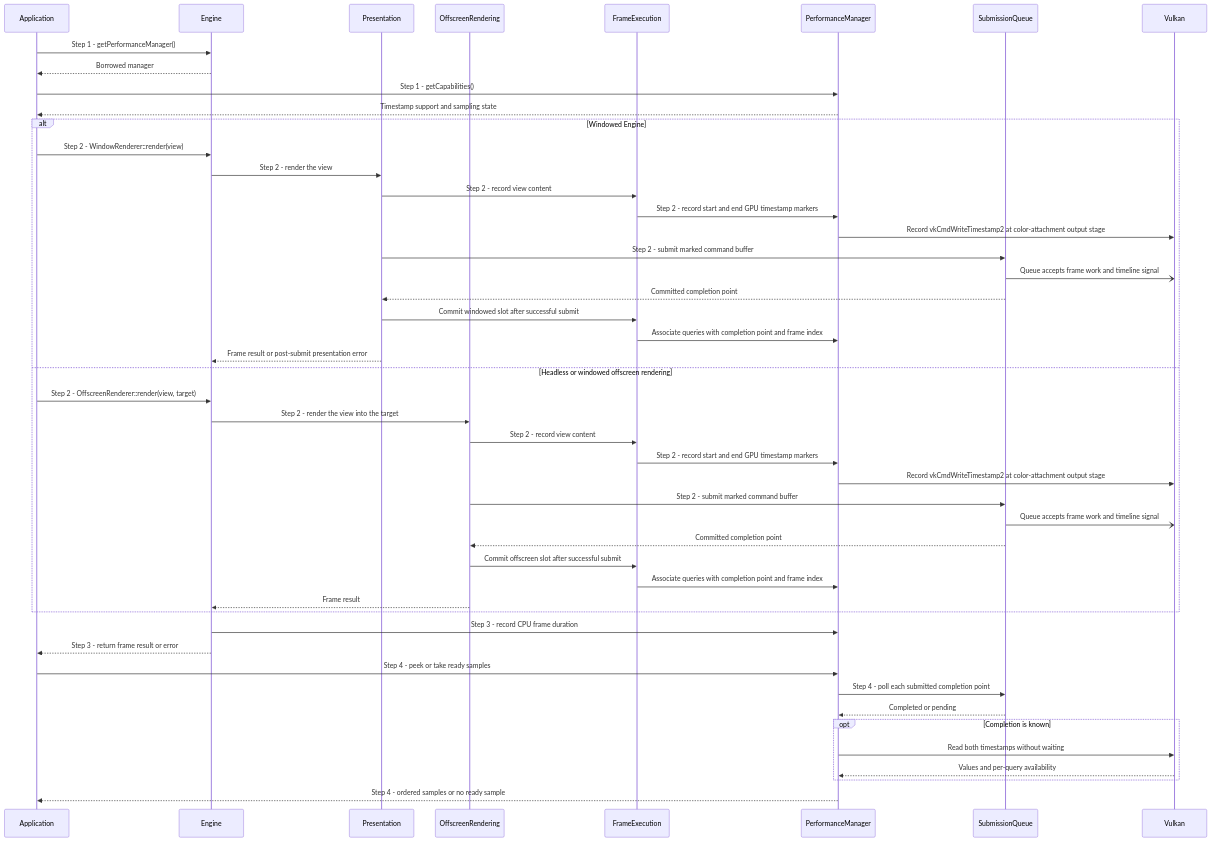
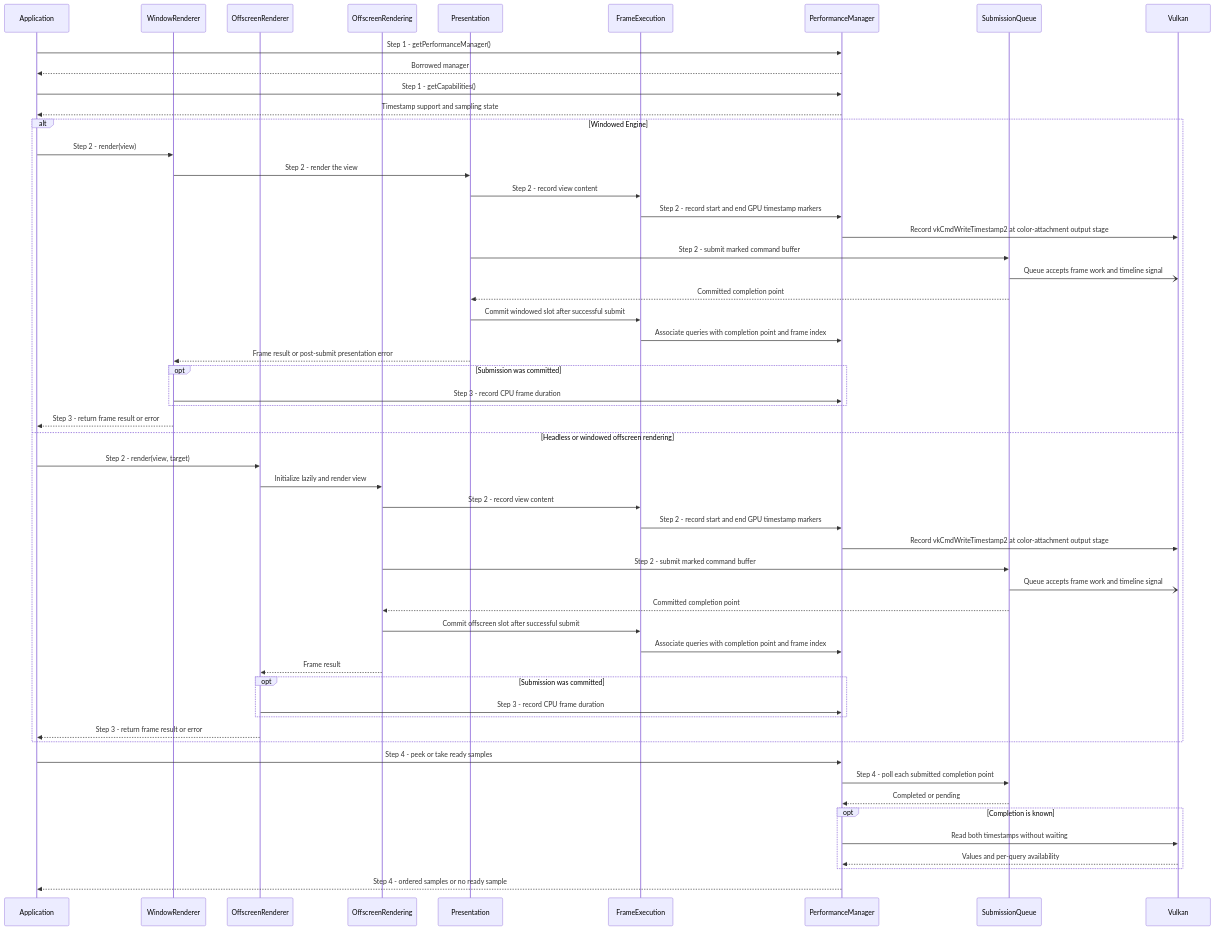
Before and after one commit to a-soltysik/Panda: the diagram in docs/use-cases/collect-frame-timings.md, drawn with Mermaid. The commit also changed other lines of this file and 17 other files, not shown here.

First line of the commit message:
Move rendering and readback into renderer facades (#124)

````diff
--- a/docs/use-cases/collect-frame-timings.md
+++ b/docs/use-cases/collect-frame-timings.md
@@ -61,50 +62,57 @@
 ```mermaid
 sequenceDiagram
     participant A as Application
-    participant C as Engine
+    participant W as WindowRenderer
+    participant R as OffscreenRenderer
+    participant F as OffscreenRendering
     participant P as Presentation
-    participant O as OffscreenRendering
     participant E as FrameExecution
     participant M as PerformanceManager
     participant Q as SubmissionQueue
     participant V as Vulkan
-    A ->> C: Step 1 - getPerformanceManager()
-    C -->> A: Borrowed manager
+    A ->> M: Step 1 - getPerformanceManager()
+    M -->> A: Borrowed manager
     A ->> M: Step 1 - getCapabilities()
     M -->> A: Timestamp support and sampling state
     alt Windowed Engine
-        A ->> C: Step 2 - WindowRenderer::render(view)
-        C ->> P: Step 2 - render the view
+        A ->> W: Step 2 - render(view)
+        W ->> P: Step 2 - render the view
         P ->> E: Step 2 - record view content
         E ->> M: Step 2 - record start and end GPU timestamp markers
         M ->> V: Record vkCmdWriteTimestamp2 at color-attachment output stage
         P ->> Q: Step 2 - submit marked command buffer
         Q -) V: Queue accepts frame work and timeline signal
         Q -->> P: Committed completion point
         P ->> E: Commit windowed slot after successful submit
         E ->> M: Associate queries with completion point and frame index
-        P -->> C: Frame result or post-submit presentation error
+        P -->> W: Frame result or post-submit presentation error
+        opt Submission was committed
+            W ->> M: Step 3 - record CPU frame duration
+        end
+        W -->> A: Step 3 - return frame result or error
     else Headless or windowed offscreen rendering
-        A ->> C: Step 2 - OffscreenRenderer::render(view, target)
-        C ->> O: Step 2 - render the view into the target
-        O ->> E: Step 2 - record view content
+        A ->> R: Step 2 - render(view, target)
+        R ->> F: Initialize lazily and render view
+        F ->> E: Step 2 - record view content
         E ->> M: Step 2 - record start and end GPU timestamp markers
         M ->> V: Record vkCmdWriteTimestamp2 at color-attachment output stage
-        O ->> Q: Step 2 - submit marked command buffer
+        F ->> Q: Step 2 - submit marked command buffer
         Q -) V: Queue accepts frame work and timeline signal
-        Q -->> O: Committed completion point
-        O ->> E: Commit offscreen slot after successful submit
+        Q -->> F: Committed completion point
+        F ->> E: Commit offscreen slot after successful submit
         E ->> M: Associate queries with completion point and frame index
-        O -->> C: Frame result
+        F -->> R: Frame result
+        opt Submission was committed
+            R ->> M: Step 3 - record CPU frame duration
+        end
+        R -->> A: Step 3 - return frame result or error
     end
-    C ->> M: Step 3 - record CPU frame duration
-    C -->> A: Step 3 - return frame result or error
     A ->> M: Step 4 - peek or take ready samples
     M ->> Q: Step 4 - poll each submitted completion point
     Q -->> M: Completed or pending
     opt Completion is known
         M ->> V: Read both timestamps without waiting
         V -->> M: Values and per-query availability
     end
     M -->> A: Step 4 - ordered samples or no ready sample
 ```
````
